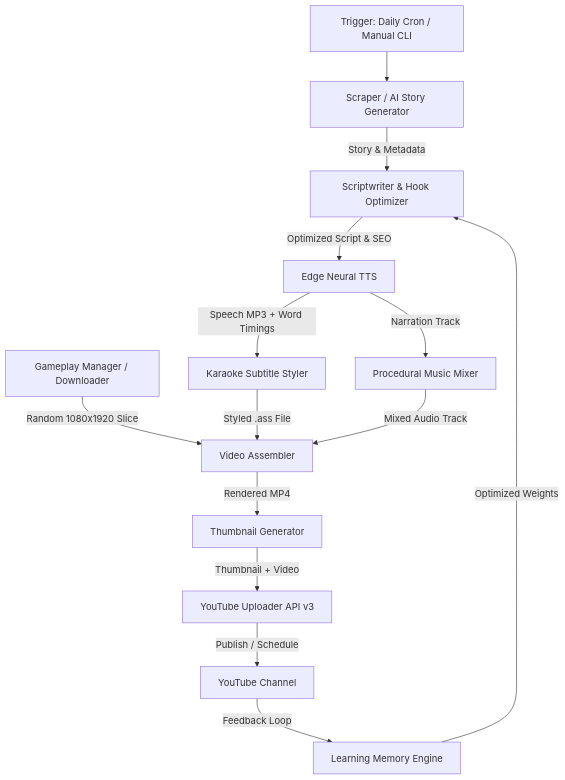
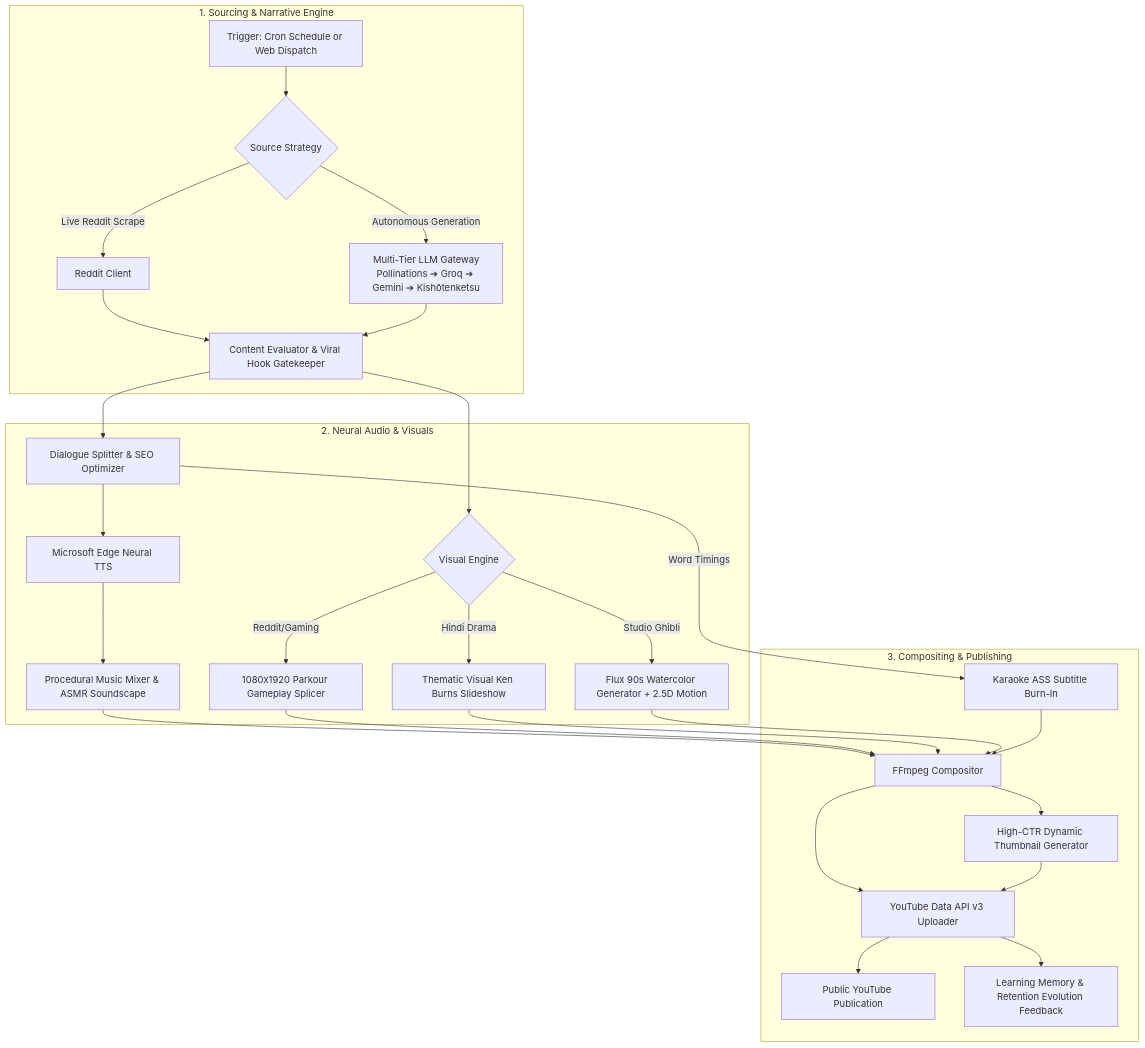
Before and after one commit to sagardawadi16-web/autopost: the second of 2 diagrams in README.md, drawn with Mermaid. The commit also changed other lines of this file and 62 other files, not shown here.

````diff
--- a/README.md
+++ b/README.md
@@ -31,16 +86,34 @@
 ```mermaid
 flowchart TD
-    A[Trigger: Daily Cron / Manual CLI] --> B[Scraper / AI Story Generator]
-    B -->|Story & Metadata| C[Scriptwriter & Hook Optimizer]
-    C -->|Optimized Script & SEO| D[Edge Neural TTS]
-    D -->|Speech MP3 + Word Timings| E[Karaoke Subtitle Styler]
-    D -->|Narration Track| F[Procedural Music Mixer]
-    G[Gameplay Manager / Downloader] -->|Random 1080x1920 Slice| H[Video Assembler]
-    E -->|Styled .ass File| H
-    F -->|Mixed Audio Track| H
-    H -->|Rendered MP4| I[Thumbnail Generator]
-    I -->|Thumbnail + Video| J[YouTube Uploader API v3]
-    J -->|Publish / Schedule| K[YouTube Channel]
-    K -->|Feedback Loop| L[Learning Memory Engine]
-    L -->|Optimized Weights| C
+    subgraph Sourcing ["1. Sourcing & Narrative Engine"]
+        A[Trigger: Cron Schedule or Web Dispatch] --> B{Source Strategy}
+        B -->|Live Reddit Scrape| C[Reddit Client]
+        B -->|Autonomous Generation| D[Multi-Tier LLM Gateway<br/>Pollinations ➔ Groq ➔ Gemini ➔ Kishōtenketsu]
+        C --> E[Content Evaluator & Viral Hook Gatekeeper]
+        D --> E
+    end
+
+    subgraph Production ["2. Neural Audio & Visuals"]
+        E --> F[Dialogue Splitter & SEO Optimizer]
+        F --> G[Microsoft Edge Neural TTS]
+        G --> H[Procedural Music Mixer & ASMR Soundscape]
+        E --> I{Visual Engine}
+        I -->|Reddit/Gaming| J[1080x1920 Parkour Gameplay Splicer]
+        I -->|Hindi Drama| K[Thematic Visual Ken Burns Slideshow]
+        I -->|Studio Ghibli| L[Flux 90s Watercolor Generator + 2.5D Motion]
+    end
+
+    subgraph Assembly ["3. Compositing & Publishing"]
+        H --> M[FFmpeg Compositor]
+        J --> M
+        K --> M
+        L --> M
+        F -->|Word Timings| N[Karaoke ASS Subtitle Burn-In]
+        N --> M
+        M --> O[High-CTR Dynamic Thumbnail Generator]
+        M --> P[YouTube Data API v3 Uploader]
+        O --> P
+        P --> Q[Public YouTube Publication]
+        P --> R[Learning Memory & Retention Evolution Feedback]
+    end
 ```
````
